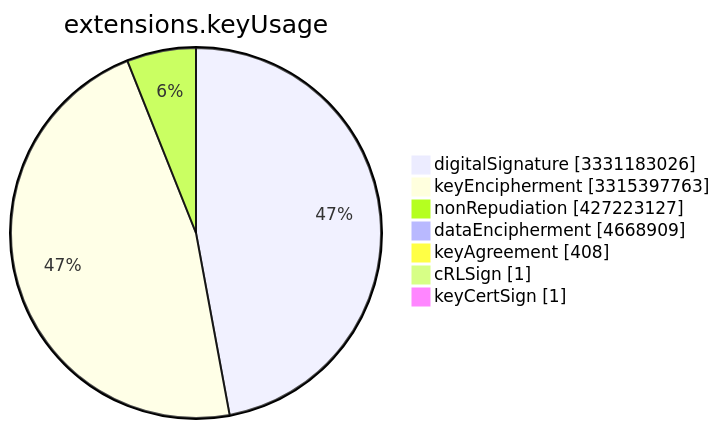
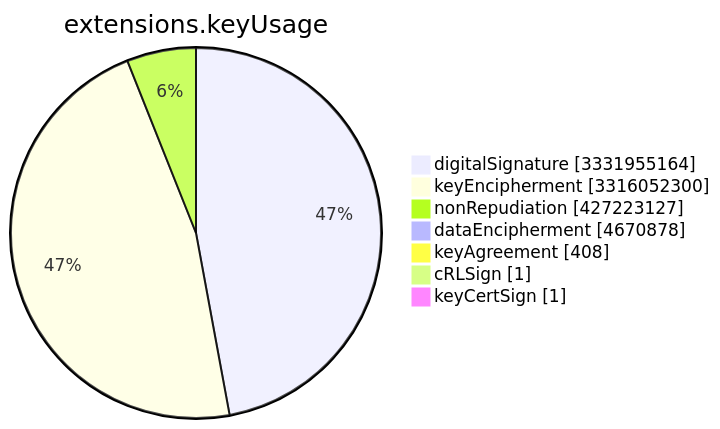
Before and after one commit to christiankrug/ctmonitor_visualization: the sixth of 15 diagrams in TOTAL/README.md, drawn with Mermaid. The commit also changed other lines of this file, not shown here.

````diff
--- a/TOTAL/README.md
+++ b/TOTAL/README.md
@@ -3078,11 +3078,11 @@
 ```mermaid
 pie showData
 title extensions.keyUsage
-"digitalSignature" :3331183026
-"keyEncipherment" :3315397763
+"digitalSignature" :3331955164
+"keyEncipherment" :3316052300
 "nonRepudiation" :427223127
-"dataEncipherment" :4668909
+"dataEncipherment" :4670878
 "keyAgreement" :408
 "cRLSign" :1
 "keyCertSign" :1
 ```
````
